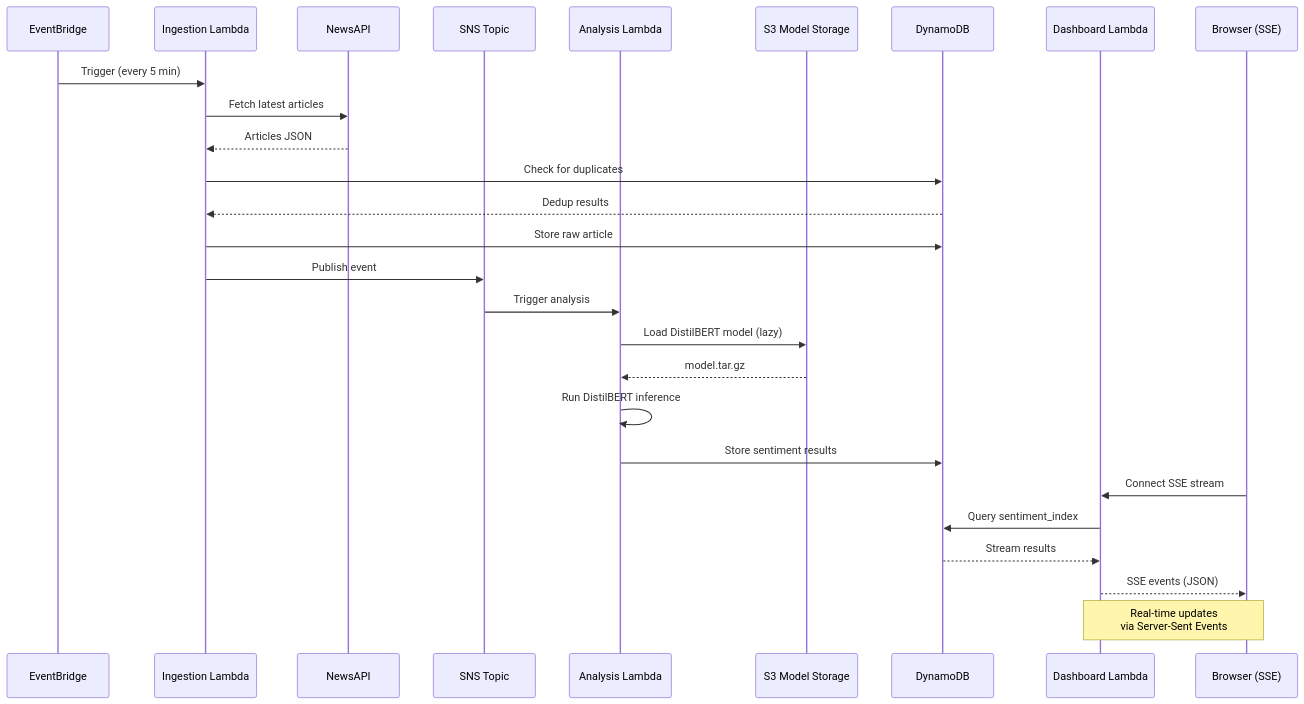
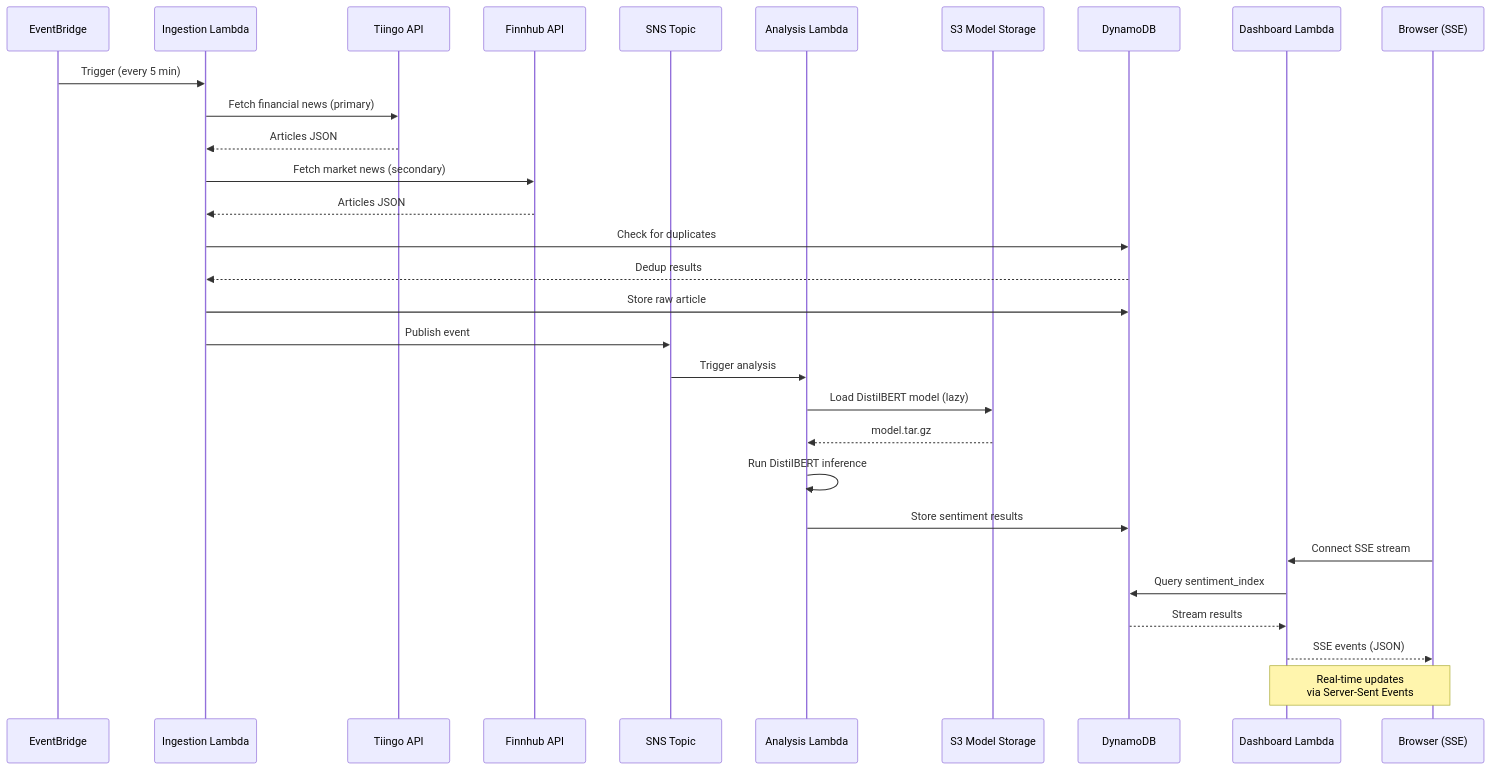
Before and after one commit to traylorre/sentiment-analyzer-gsk: the fourth of 4 diagrams in README.md, drawn with Mermaid. The commit also changed other lines of this file and 6 other files, not shown here.

First line of the commit message:
docs: Update documentation for Feature 006 (Tiingo/Finnhub)

````diff
--- a/README.md
+++ b/README.md
@@ -348,35 +348,38 @@
 ```mermaid
 sequenceDiagram
     participant EB as EventBridge
     participant Ing as Ingestion Lambda
-    participant NA as NewsAPI
+    participant Tiingo as Tiingo API
+    participant Finnhub as Finnhub API
     participant SNS as SNS Topic
     participant Ana as Analysis Lambda
     participant S3 as S3 Model Storage
     participant DDB as DynamoDB
     participant Dash as Dashboard Lambda
     participant User as Browser (SSE)
 
     EB->>Ing: Trigger (every 5 min)
-    Ing->>NA: Fetch latest articles
-    NA-->>Ing: Articles JSON
+    Ing->>Tiingo: Fetch financial news (primary)
+    Tiingo-->>Ing: Articles JSON
+    Ing->>Finnhub: Fetch market news (secondary)
+    Finnhub-->>Ing: Articles JSON
 
     Ing->>DDB: Check for duplicates
     DDB-->>Ing: Dedup results
 
     Ing->>DDB: Store raw article
     Ing->>SNS: Publish event
 
     SNS->>Ana: Trigger analysis
     Ana->>S3: Load DistilBERT model (lazy)
     S3-->>Ana: model.tar.gz
     Ana->>Ana: Run DistilBERT inference
     Ana->>DDB: Store sentiment results
 
     User->>Dash: Connect SSE stream
     Dash->>DDB: Query sentiment_index
     DDB-->>Dash: Stream results
     Dash-->>User: SSE events (JSON)
 
     Note over Dash,User: Real-time updates<br/>via Server-Sent Events
 ```
````
